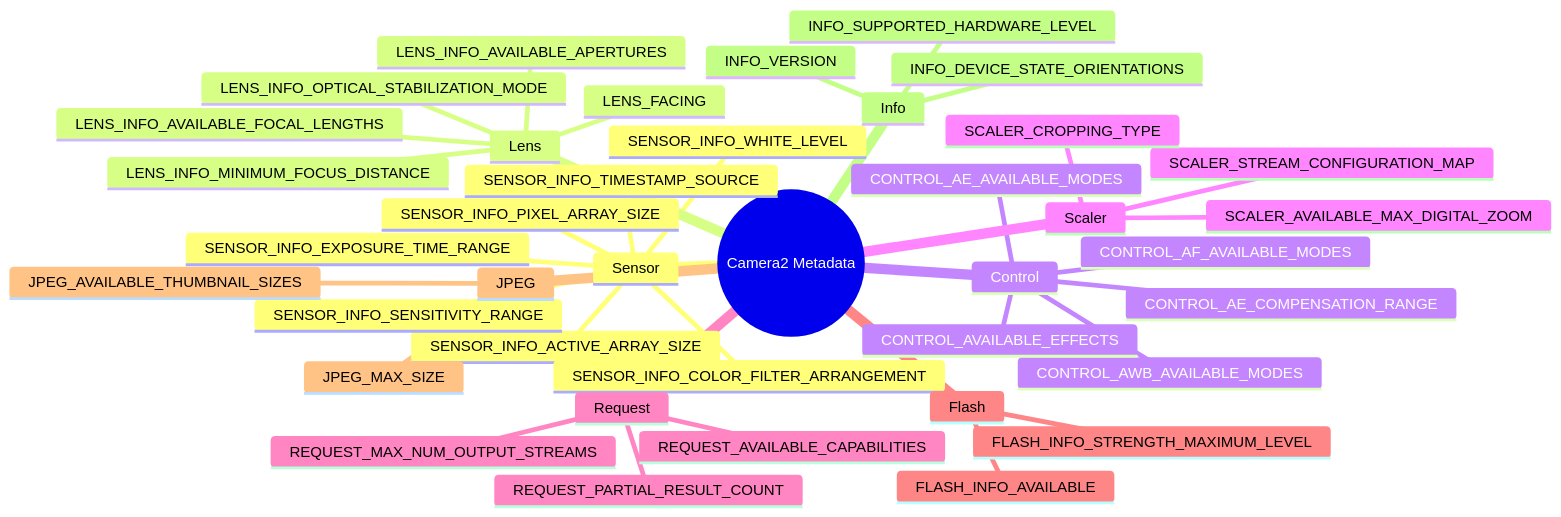
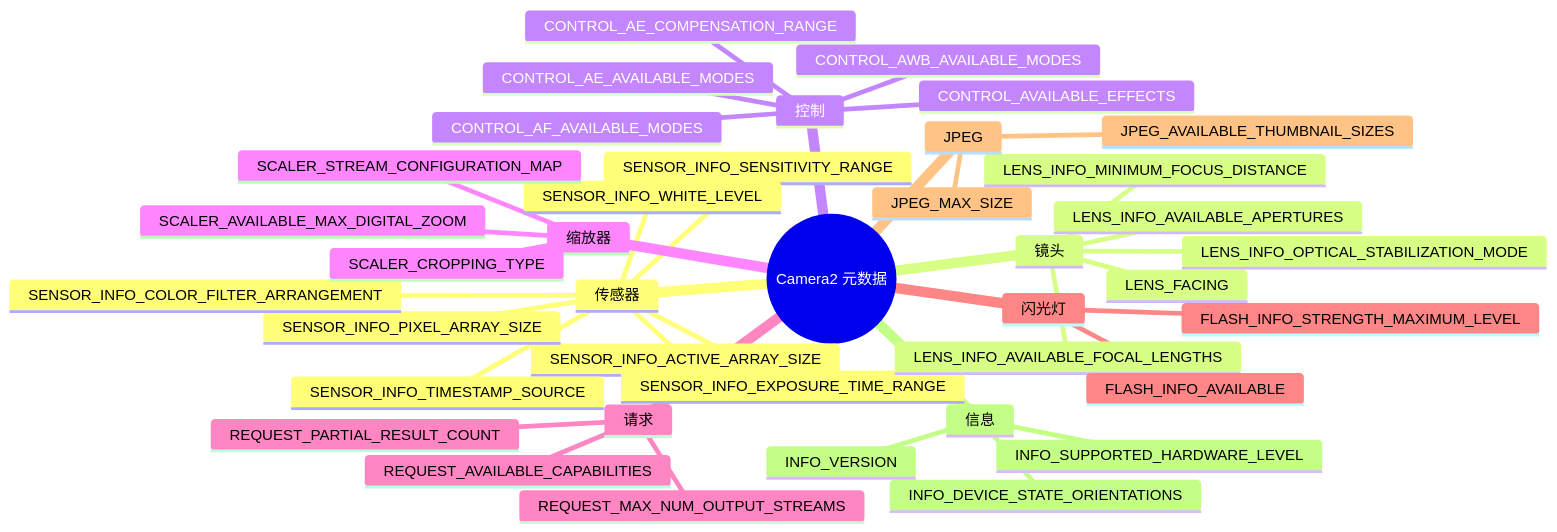
One commit to zoozooll/AndroidCameraParameters changed the diagram in website/i18n/zh-Hans/docusaurus-plugin-content-docs/current/camera2/camera-metadata-encyclopedia.md. Above: the diagram before and after it, drawn with Mermaid. The commit also changed other lines of this file and 378 other files, not shown here.

````diff
--- a/website/i18n/zh-Hans/docusaurus-plugin-content-docs/current/camera2/camera-metadata-encyclopedia.md
+++ b/website/i18n/zh-Hans/docusaurus-plugin-content-docs/current/camera2/camera-metadata-encyclopedia.md
@@ -26,42 +26,42 @@
 ```mermaid
 mindmap
-  root((Camera2 Metadata))
-    Sensor
+  root((Camera2 元数据))
+    传感器
       SENSOR_INFO_ACTIVE_ARRAY_SIZE
       SENSOR_INFO_PIXEL_ARRAY_SIZE
       SENSOR_INFO_SENSITIVITY_RANGE
       SENSOR_INFO_EXPOSURE_TIME_RANGE
       SENSOR_INFO_WHITE_LEVEL
       SENSOR_INFO_COLOR_FILTER_ARRANGEMENT
       SENSOR_INFO_TIMESTAMP_SOURCE
-    Lens
+    镜头
       LENS_FACING
       LENS_INFO_AVAILABLE_FOCAL_LENGTHS
       LENS_INFO_MINIMUM_FOCUS_DISTANCE
       LENS_INFO_AVAILABLE_APERTURES
       LENS_INFO_OPTICAL_STABILIZATION_MODE
-    Control
+    控制
       CONTROL_AE_AVAILABLE_MODES
       CONTROL_AF_AVAILABLE_MODES
       CONTROL_AWB_AVAILABLE_MODES
       CONTROL_AVAILABLE_EFFECTS
       CONTROL_AE_COMPENSATION_RANGE
-    Scaler
+    缩放器
       SCALER_STREAM_CONFIGURATION_MAP
       SCALER_AVAILABLE_MAX_DIGITAL_ZOOM
       SCALER_CROPPING_TYPE
-    Request
+    请求
       REQUEST_AVAILABLE_CAPABILITIES
       REQUEST_PARTIAL_RESULT_COUNT
       REQUEST_MAX_NUM_OUTPUT_STREAMS
-    Flash
+    闪光灯
       FLASH_INFO_AVAILABLE
       FLASH_INFO_STRENGTH_MAXIMUM_LEVEL
     JPEG
       JPEG_AVAILABLE_THUMBNAIL_SIZES
       JPEG_MAX_SIZE
-    Info
+    信息
       INFO_SUPPORTED_HARDWARE_LEVEL
       INFO_DEVICE_STATE_ORIENTATIONS
       INFO_VERSION
 ```
````
